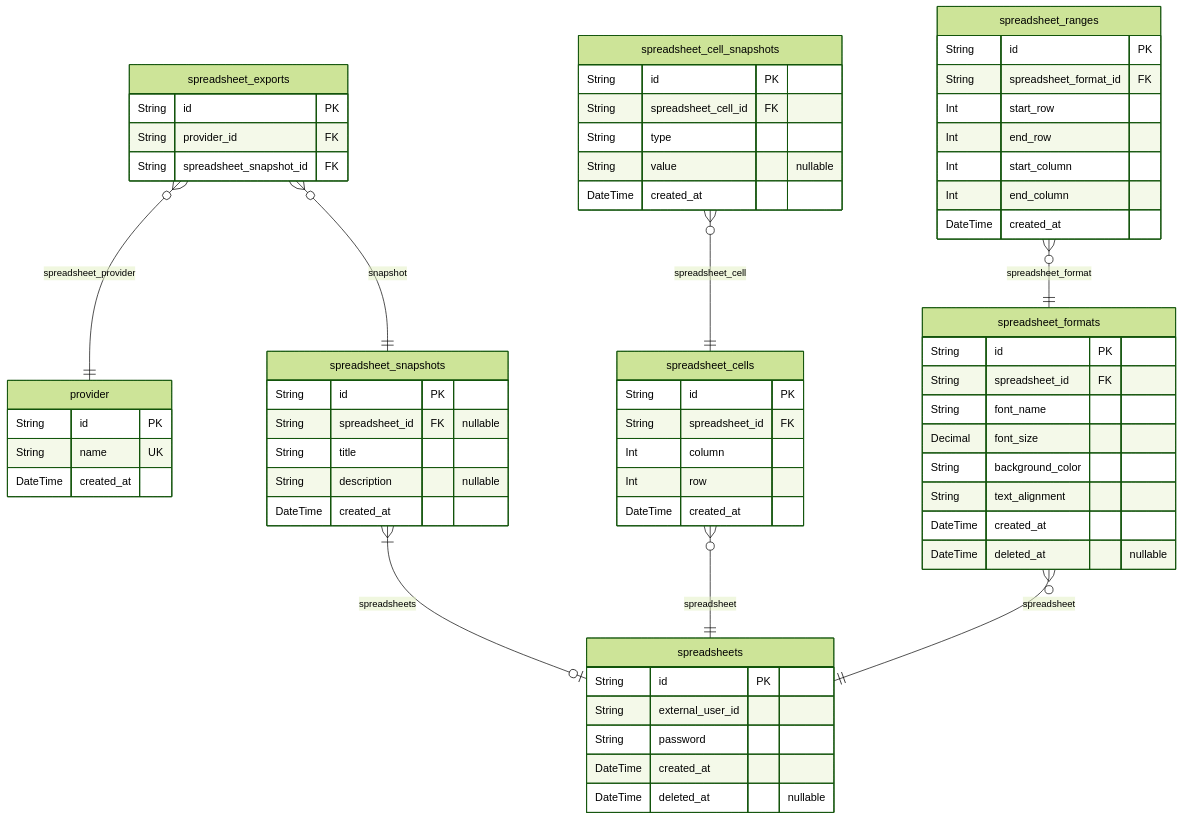
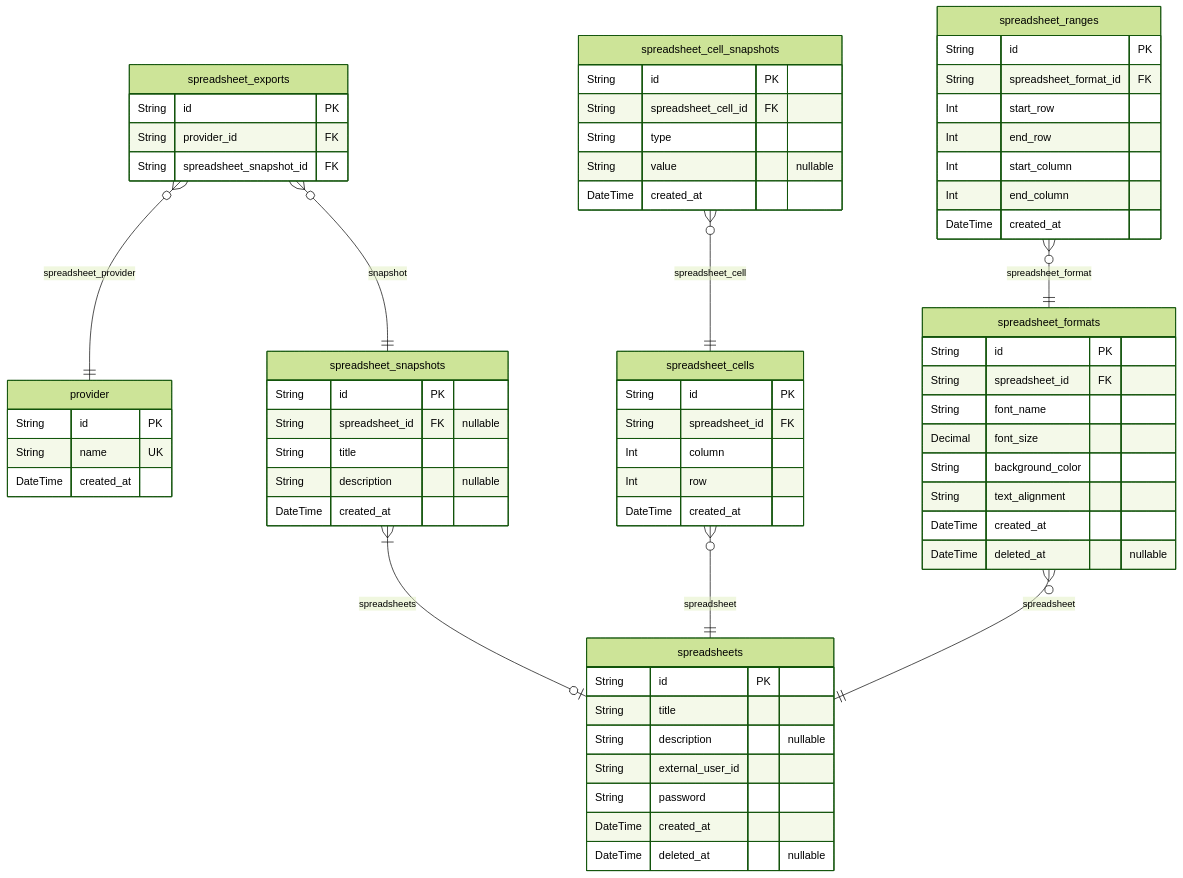
One commit to wrtnio/connectors changed the sixth of 9 diagrams in docs/ERD.md. Above: the diagram before and after it, drawn with Mermaid (forest theme). The commit also changed other lines of this file and 1 other file, not shown here.

Commit message:
feat: add new columns named title and description

````diff
--- a/docs/ERD.md
+++ b/docs/ERD.md
@@ -393,67 +393,69 @@
 ```mermaid
 erDiagram
 "provider" {
   String id PK
   String name UK
   DateTime created_at
 }
 "spreadsheets" {
   String id PK
+  String title
+  String description "nullable"
   String external_user_id
   String password
   DateTime created_at
   DateTime deleted_at "nullable"
 }
 "spreadsheet_snapshots" {
   String id PK
   String spreadsheet_id FK "nullable"
   String title
   String description "nullable"
   DateTime created_at
 }
 "spreadsheet_cells" {
   String id PK
   String spreadsheet_id FK
   Int column
   Int row
   DateTime created_at
 }
 "spreadsheet_cell_snapshots" {
   String id PK
   String spreadsheet_cell_id FK
   String type
   String value "nullable"
   DateTime created_at
 }
 "spreadsheet_formats" {
   String id PK
   String spreadsheet_id FK
   String font_name
   Decimal font_size
   String background_color
   String text_alignment
   DateTime created_at
   DateTime deleted_at "nullable"
 }
 "spreadsheet_ranges" {
   String id PK
   String spreadsheet_format_id FK
   Int start_row
   Int end_row
   Int start_column
   Int end_column
   DateTime created_at
 }
 "spreadsheet_exports" {
   String id PK
   String provider_id FK
   String spreadsheet_snapshot_id FK
 }
 "spreadsheet_snapshots" }|--o| "spreadsheets" : spreadsheets
 "spreadsheet_cells" }o--|| "spreadsheets" : spreadsheet
 "spreadsheet_cell_snapshots" }o--|| "spreadsheet_cells" : spreadsheet_cell
 "spreadsheet_formats" }o--|| "spreadsheets" : spreadsheet
 "spreadsheet_ranges" }o--|| "spreadsheet_formats" : spreadsheet_format
 "spreadsheet_exports" }o--|| "spreadsheet_snapshots" : snapshot
 "spreadsheet_exports" }o--|| "provider" : spreadsheet_provider
 ```
````
